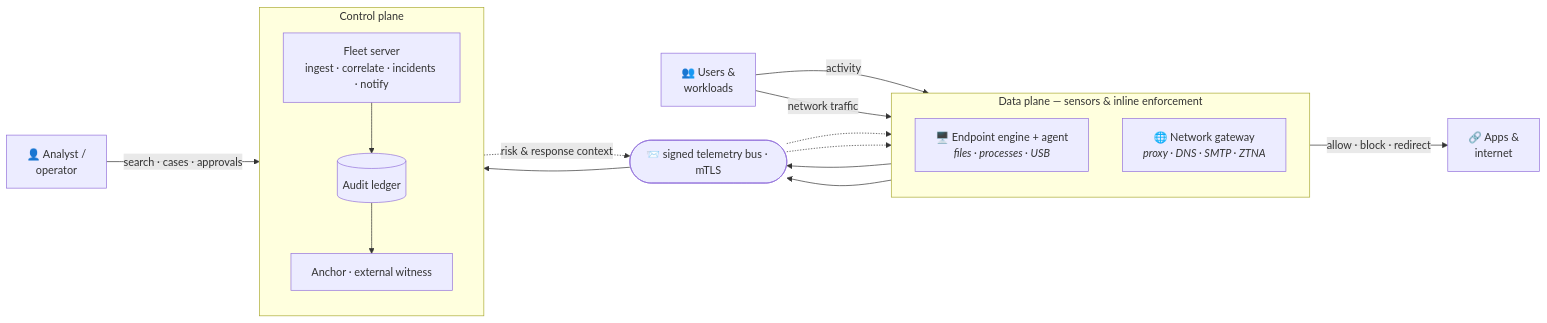
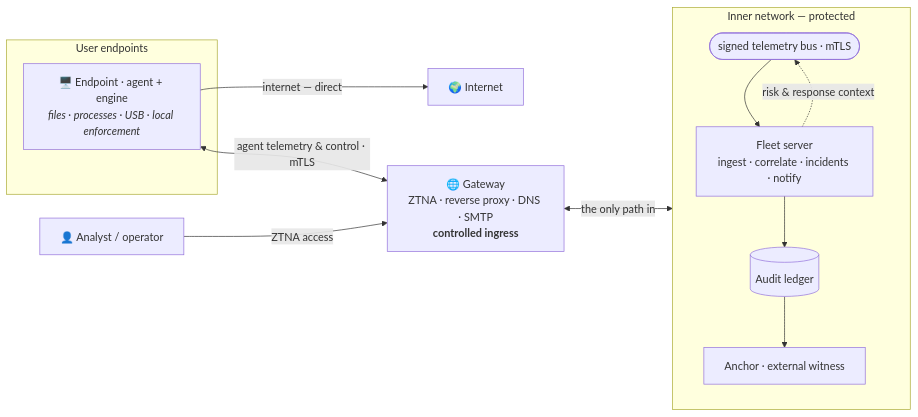
The second of 2 diagrams in README.md (lucianoengel/openshield), drawn with Mermaid before and after one commit. The commit also changed other lines of this file, not shown here.

Commit message:
docs(readme): correct deployment topology — gateway is the inner-network ingress
Previous diagram let endpoints reach the control plane directly and drew
the gateway as a side sensor. Real topology: the control plane runs in a
protected inner network; end users reach the internet directly, but agent
telemetry and control traffic must transit the gateway (ZTNA / reverse
proxy) — the only path into the inner network. Risk & response context
flows back out to agents the same way.

Claude-Session: https://claude.ai/code/session_01Gje3Gh3QBxvn862Z6gHi7Q

````diff
--- a/README.md
+++ b/README.md
@@ -119,34 +120,28 @@
 ```mermaid
 flowchart LR
-  USR["👥 Users &amp;<br/>workloads"]
-  APPS["🔗 Apps &amp;<br/>internet"]
+  NET["🌍 Internet"]
 
-  subgraph DP["Data plane — sensors &amp; inline enforcement"]
-    direction TB
-    ENG["🖥️ Endpoint engine + agent<br/><i>files · processes · USB</i>"]
-    GW["🌐 Network gateway<br/><i>proxy · DNS · SMTP · ZTNA</i>"]
+  subgraph EDGE["User endpoints"]
+    EP["🖥️ Endpoint · agent + engine<br/><i>files · processes · USB · local enforcement</i>"]
   end
 
-  BUS(["📨 signed telemetry bus · mTLS"])
+  GW["🌐 Gateway<br/>ZTNA · reverse proxy · DNS · SMTP<br/><b>controlled ingress</b>"]
 
-  subgraph CP["Control plane"]
+  subgraph INNER["Inner network — protected"]
     direction TB
+    BUS(["signed telemetry bus · mTLS"])
     SRV["Fleet server<br/>ingest · correlate · incidents · notify"]
     LEDGER[("Audit ledger")]
     ANC["Anchor · external witness"]
   end
 
-  OP["👤 Analyst /<br/>operator"]
+  OP["👤 Analyst / operator"]
 
-  USR -->|"activity"| ENG
-  USR -->|"network traffic"| GW
-  GW -->|"allow · block · redirect"| APPS
-  ENG --> BUS
-  GW --> BUS
+  EP -->|"internet — direct"| NET
+  EP <-->|"agent telemetry &amp; control · mTLS"| GW
+  OP -->|"ZTNA access"| GW
+  GW <-->|"the only path in"| BUS
   BUS --> SRV
   SRV --> LEDGER --> ANC
   SRV -.->|"risk &amp; response context"| BUS
-  BUS -.-> ENG
-  BUS -.-> GW
-  OP -->|"search · cases · approvals"| SRV
 ```
````
